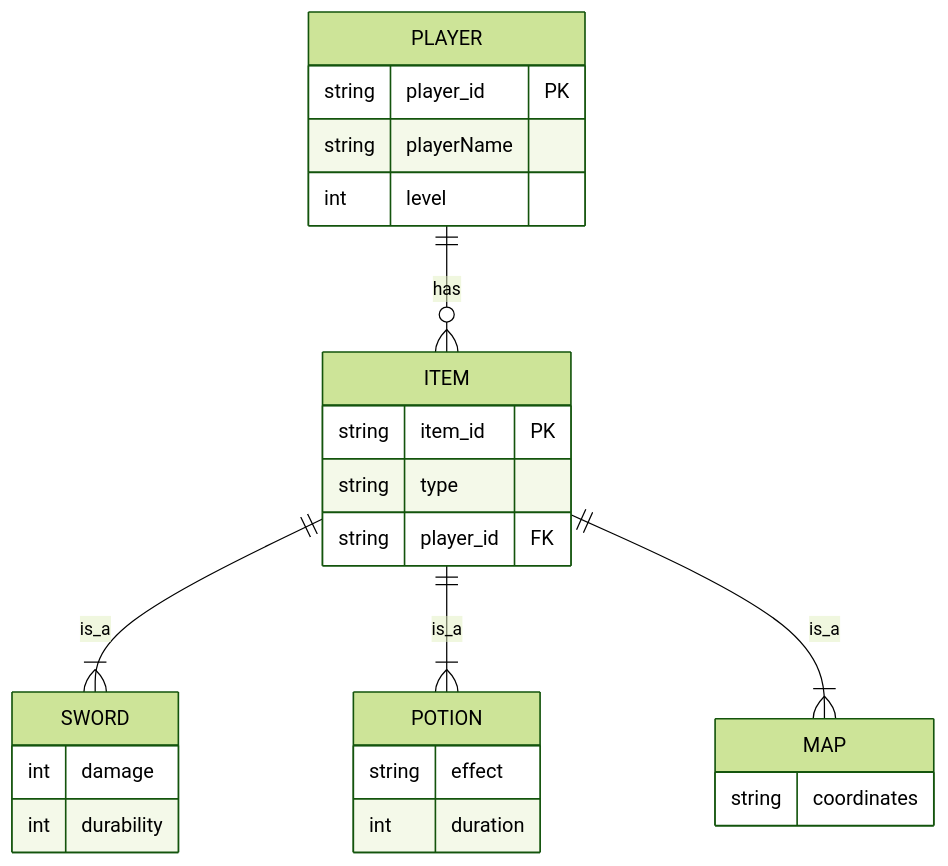
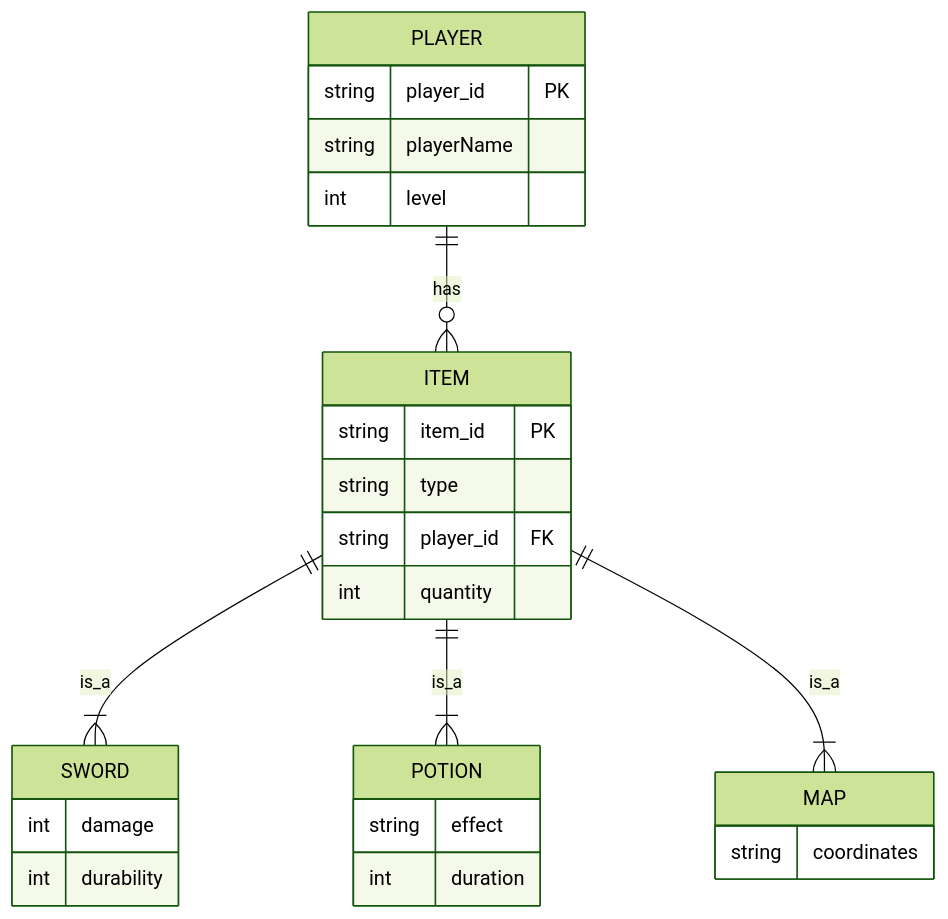
One commit to Rosario-sanchez-marin/RPG-Inventory-System changed the diagram in project-root/docs/schema.md. Above: the diagram before and after it, drawn with Mermaid (forest theme).

````diff
--- a/project-root/docs/schema.md
+++ b/project-root/docs/schema.md
@@ -3,31 +3,33 @@
 ```mermaid   
 
 erDiagram
     PLAYER {
         string player_id PK
         string playerName
         int level
     }
     ITEM {
         string item_id PK
         string type
         string player_id FK
+        int quantity
     }
     SWORD {
         int damage
         int durability
     }
     POTION {
         string effect
         int duration
     }
     MAP {
         string coordinates
     }
 
     PLAYER ||--o{ ITEM : has
     ITEM ||--|{ SWORD : is_a
     ITEM ||--|{ POTION : is_a
     ITEM ||--|{ MAP : is_a
 
+
 ```
````
